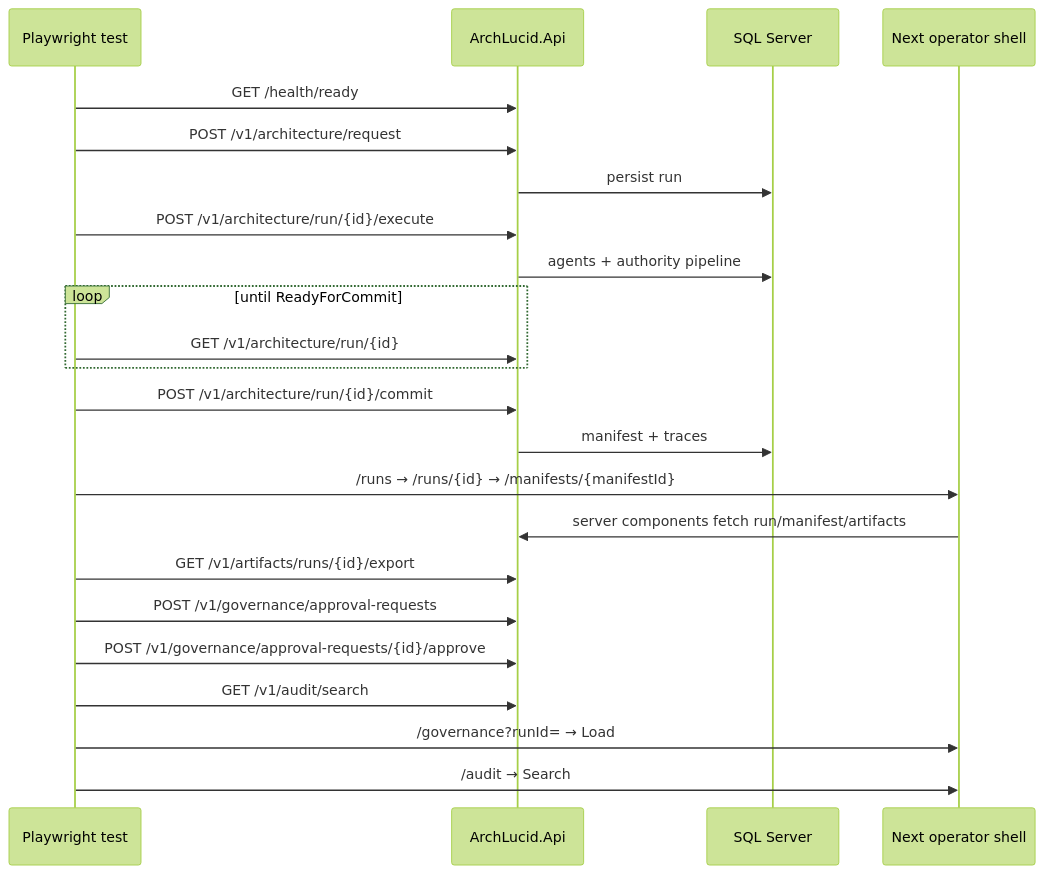
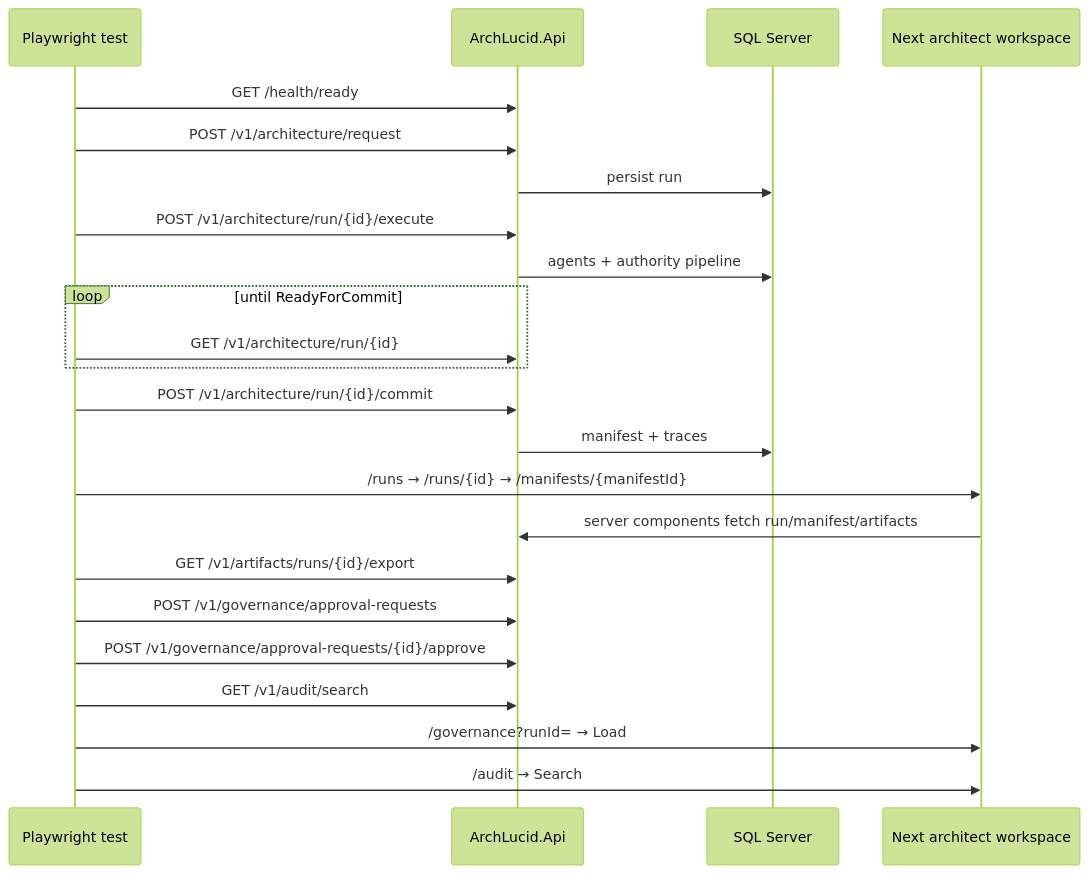
Before and after one commit to joefrancisGA/ArchLucid: the diagram in docs/library/LIVE_E2E_HAPPY_PATH.md, drawn with Mermaid (forest theme). The commit also changed other lines of this file and 13 other files, not shown here.

First line of the commit message:
Align Batches 13–14 spine and packaging docs with Architect and Finalize language.

````diff
--- a/docs/library/LIVE_E2E_HAPPY_PATH.md
+++ b/docs/library/LIVE_E2E_HAPPY_PATH.md
@@ -83,26 +85,26 @@
 ```mermaid
 sequenceDiagram
   participant T as Playwright test
   participant API as ArchLucid.Api
   participant SQL as SQL Server
-  participant UI as Next operator shell
+  participant UI as Next architect workspace
 
   T->>API: GET /health/ready
   T->>API: POST /v1/architecture/request
   API->>SQL: persist run
   T->>API: POST /v1/architecture/run/{id}/execute
   API->>SQL: agents + authority pipeline
   loop until ReadyForCommit
     T->>API: GET /v1/architecture/run/{id}
   end
   T->>API: POST /v1/architecture/run/{id}/commit
   API->>SQL: manifest + traces
   T->>UI: /runs → /runs/{id} → /manifests/{manifestId}
   UI->>API: server components fetch run/manifest/artifacts
   T->>API: GET /v1/artifacts/runs/{id}/export
   T->>API: POST /v1/governance/approval-requests
   T->>API: POST /v1/governance/approval-requests/{id}/approve
   T->>API: GET /v1/audit/search
   T->>UI: /governance?runId= → Load
   T->>UI: /audit → Search
 ```
````
